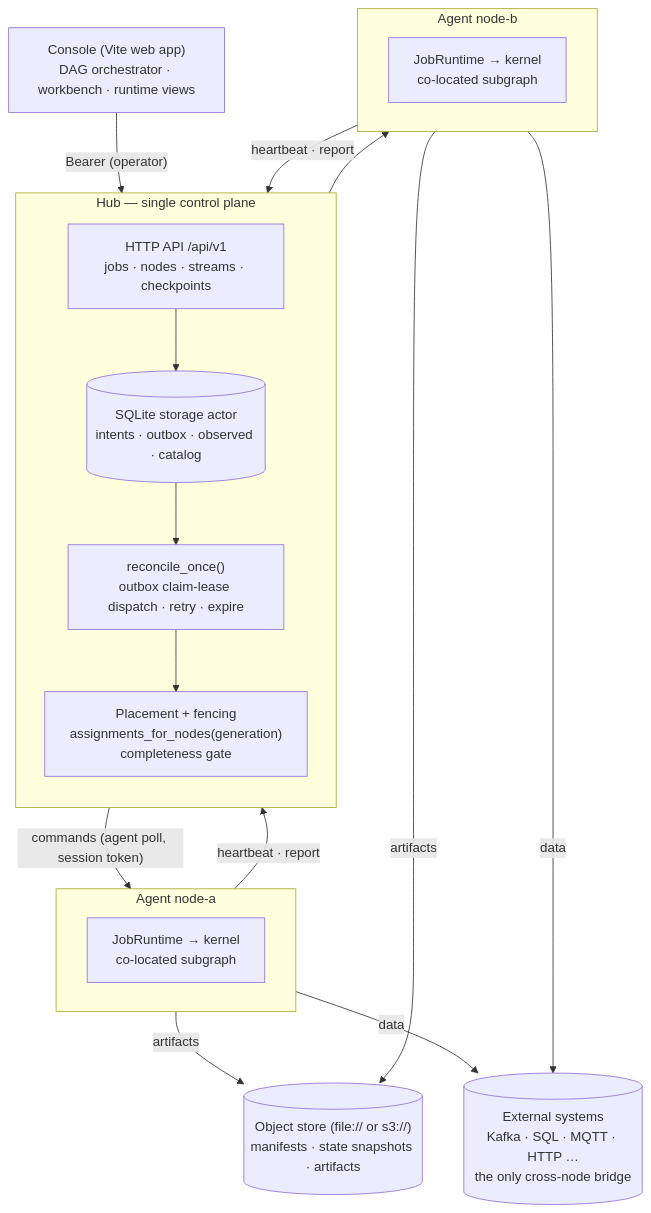
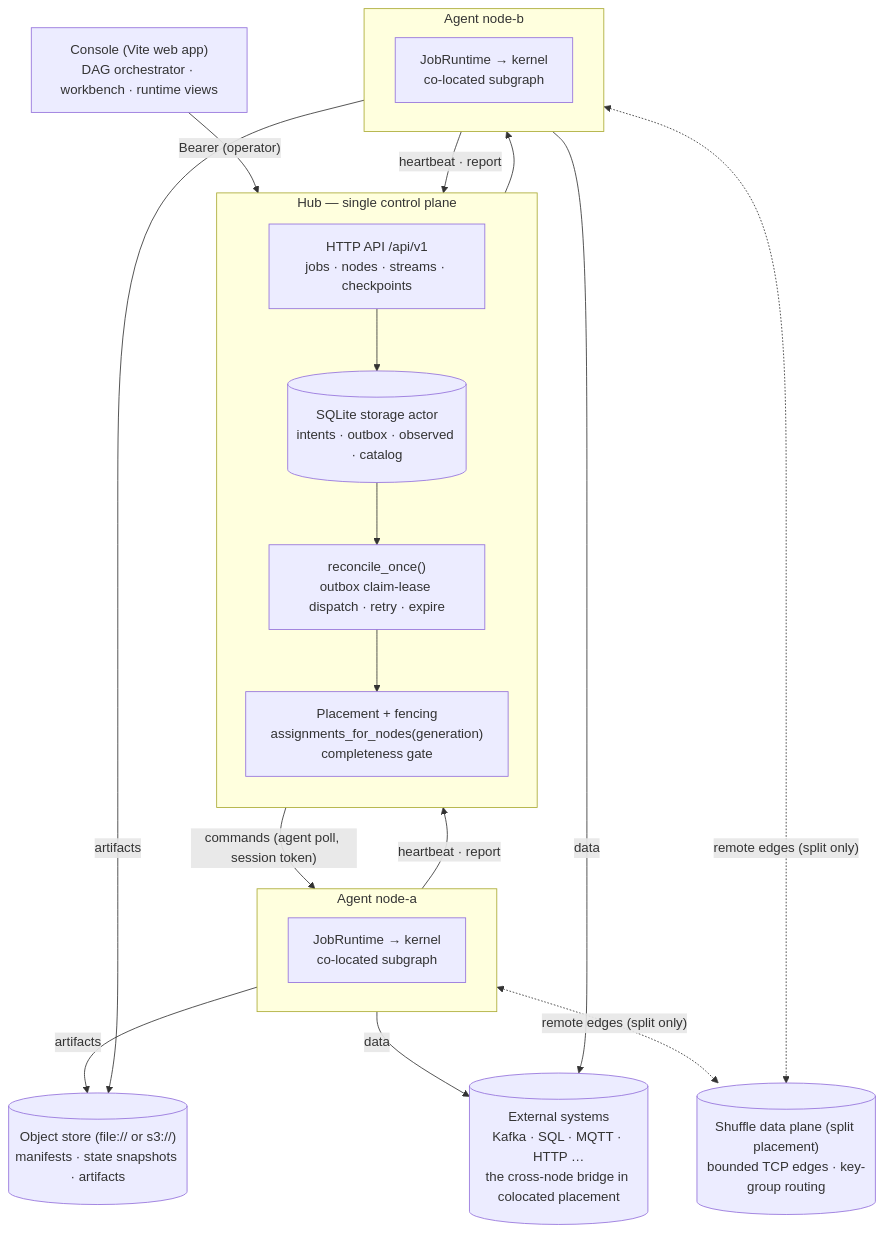
Before and after one commit to arkflow-rs/arkflow: the first of 2 diagrams in docs/docs/build/distributed-jobs.md, drawn with Mermaid. The commit also changed other lines of this file and 14 other files, not shown here.

First line of the commit message:
docs: sync content with the shipped engine (shuffle data plane, metrics, contracts)

````diff
--- a/docs/docs/build/distributed-jobs.md
+++ b/docs/docs/build/distributed-jobs.md
@@ -20,32 +23,35 @@
 ```mermaid
 flowchart TB
     C["Console (Vite web app)<br/>DAG orchestrator · workbench · runtime views"]
     subgraph HUB["Hub — single control plane"]
         direction TB
         API["HTTP API /api/v1<br/>jobs · nodes · streams · checkpoints"]
         DB[("SQLite storage actor<br/>intents · outbox · observed · catalog")]
         REC["reconcile_once()<br/>outbox claim-lease dispatch · retry · expire"]
         PL["Placement + fencing<br/>assignments_for_nodes(generation)<br/>completeness gate"]
         API --> DB
         DB --> REC
         REC --> PL
     end
     subgraph NA["Agent node-a"]
         KA["JobRuntime → kernel<br/>co-located subgraph"]
     end
     subgraph NB["Agent node-b"]
         KB["JobRuntime → kernel<br/>co-located subgraph"]
     end
     OS[("Object store (file:// or s3://)<br/>manifests · state snapshots · artifacts")]
-    EXT[("External systems<br/>Kafka · SQL · MQTT · HTTP …<br/>the only cross-node bridge")]
+    EXT[("External systems<br/>Kafka · SQL · MQTT · HTTP …<br/>the cross-node bridge in colocated placement")]
+    DP[("Shuffle data plane (split placement)<br/>bounded TCP edges · key-group routing")]
 
     C -- "Bearer (operator)" --> API
     PL -- "commands (agent poll, session token)" --> NA
     PL --> NB
     NA -- "heartbeat · report" --> PL
     NB -- "heartbeat · report" --> PL
     NA -- "artifacts" --> OS
     NB -- "artifacts" --> OS
     NA -- "data" --> EXT
     NB -- "data" --> EXT
+    NA <-. "remote edges (split only)" .-> DP
+    NB <-. "remote edges (split only)" .-> DP
 ```
````
